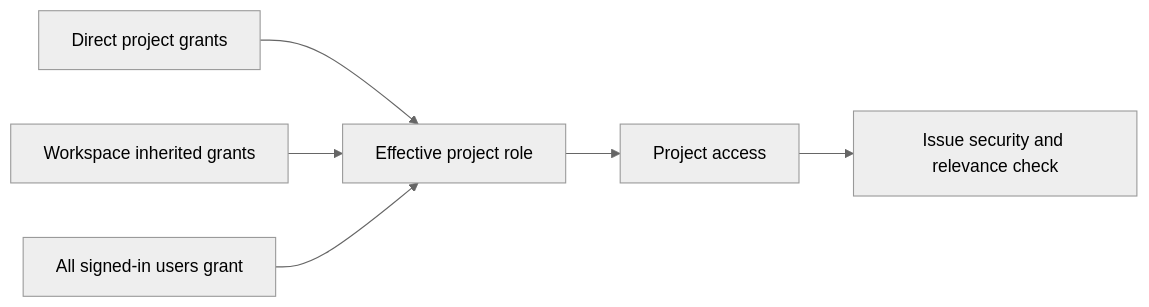
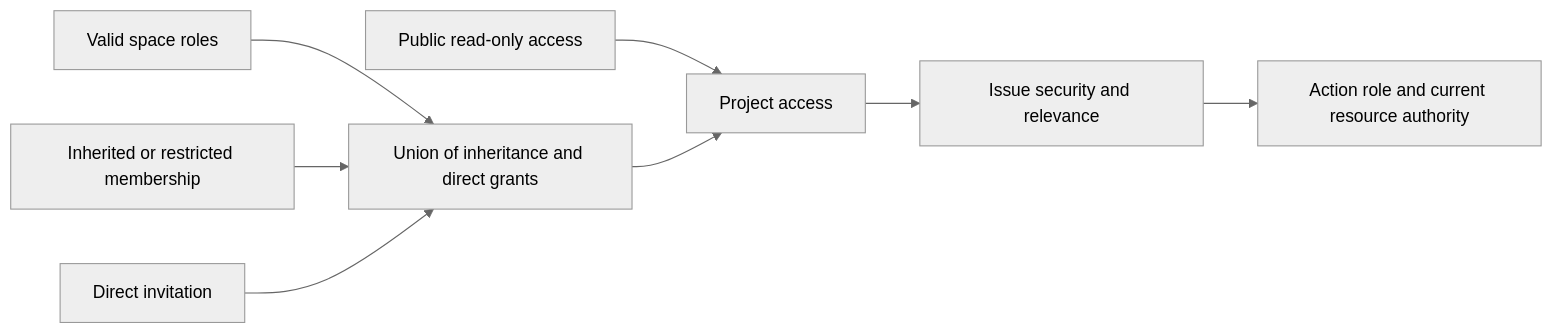
The diagram in docs/developer-guide/project-visibility.md (wecode-ai/wegent-docs), drawn with Mermaid (neutral theme) before and after one commit. The commit also changed other lines of this file and 9 other files, not shown here.

````diff
--- a/docs/developer-guide/project-visibility.md
+++ b/docs/developer-guide/project-visibility.md
@@ -15,8 +15,10 @@
 ```mermaid
 flowchart LR
-    A[Direct project grants] --> D[Effective project role]
-    B[Workspace inherited grants] --> D
-    C[All signed-in users grant] --> D
-    D --> E[Project access]
-    E --> F[Issue security and relevance check]
+    Space[Valid space roles] --> Union[Union of inheritance and direct grants]
+    Mode[Inherited or restricted membership] --> Union
+    Invite[Direct invitation] --> Union
+    Public[Public read-only access] --> Access[Project access]
+    Union --> Access
+    Access --> Issue[Issue security and relevance]
+    Issue --> Operation[Action role and current resource authority]
 ```
````
